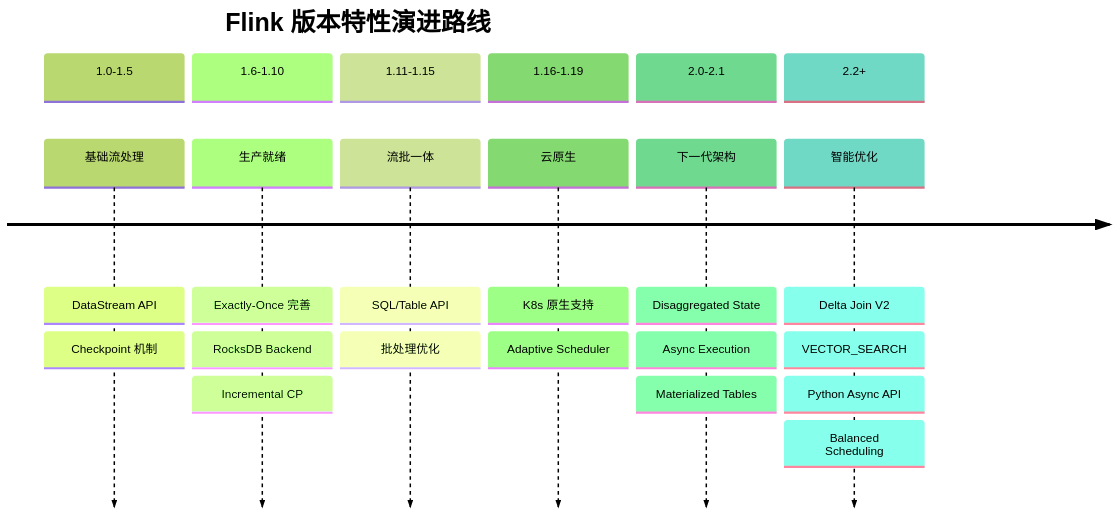
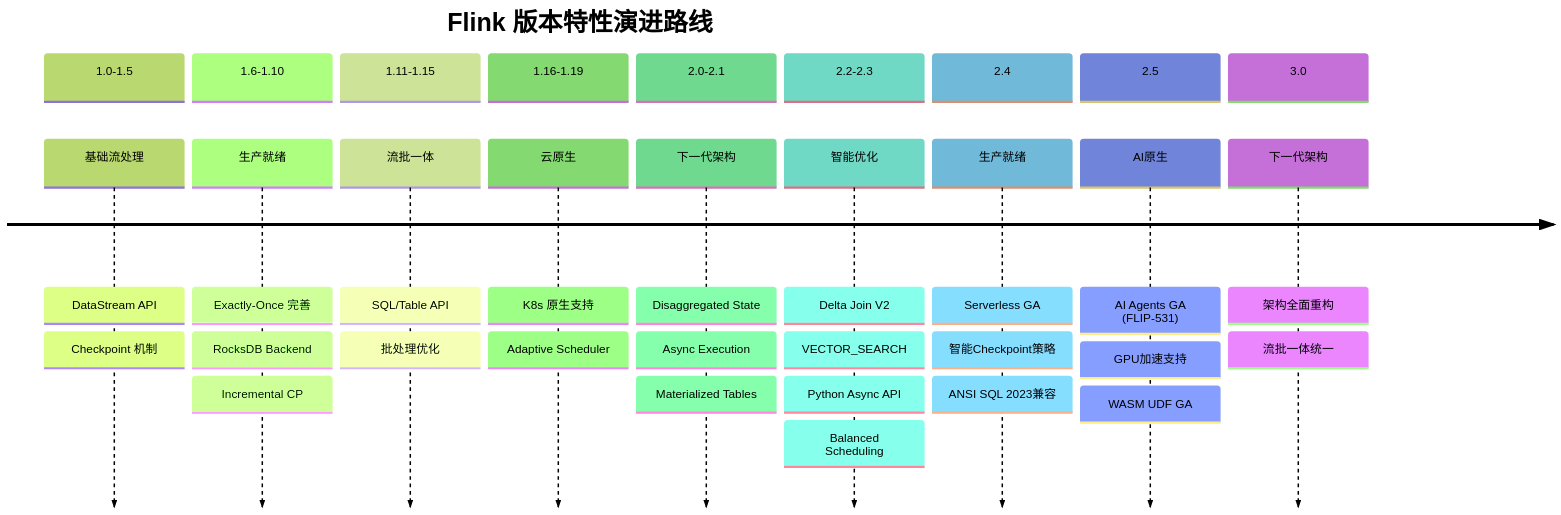
The fourth of 6 diagrams in Flink/00-INDEX.md (AdaMartin18010/AnalysisDataFlow), drawn with Mermaid (forest theme) before and after one commit. The commit also changed other lines of this file and 43 other files, not shown here.

````diff
--- a/Flink/00-INDEX.md
+++ b/Flink/00-INDEX.md
@@ -240,26 +245,37 @@
 ```mermaid
 timeline
     title Flink 版本特性演进路线
     section 1.0-1.5
         基础流处理 : DataStream API
                   : Checkpoint 机制
     section 1.6-1.10
         生产就绪 : Exactly-Once 完善
                 : RocksDB Backend
                 : Incremental CP
     section 1.11-1.15
         流批一体 : SQL/Table API
                 : 批处理优化
     section 1.16-1.19
         云原生 : K8s 原生支持
               : Adaptive Scheduler
     section 2.0-2.1
         下一代架构 : Disaggregated State
                    : Async Execution
                    : Materialized Tables
-    section 2.2+
+    section 2.2-2.3
         智能优化 : Delta Join V2
                  : VECTOR_SEARCH
                  : Python Async API
                  : Balanced Scheduling
+    section 2.4
+        生产就绪 : Serverless GA
+                 : 智能Checkpoint策略
+                 : ANSI SQL 2023兼容
+    section 2.5
+        AI原生 : AI Agents GA (FLIP-531)
+               : GPU加速支持
+               : WASM UDF GA
+    section 3.0
+        下一代架构 : 架构全面重构
+                   : 流批一体统一
 ```
````
